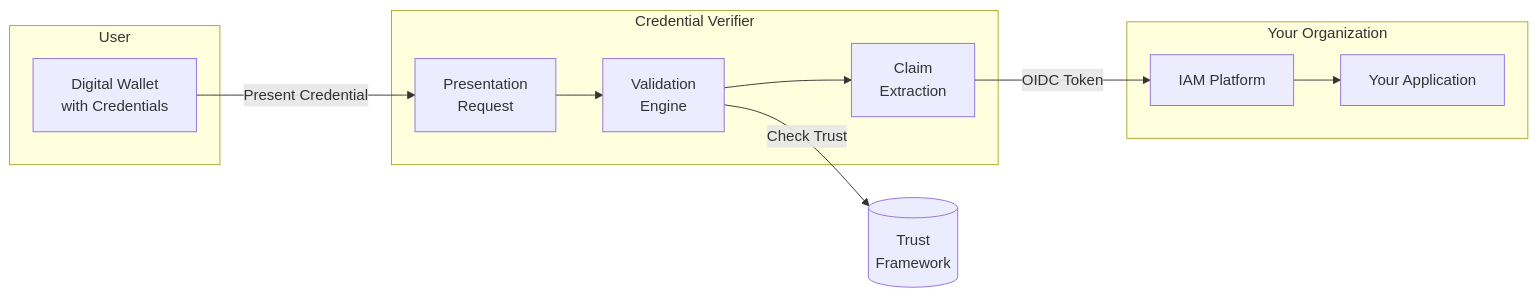
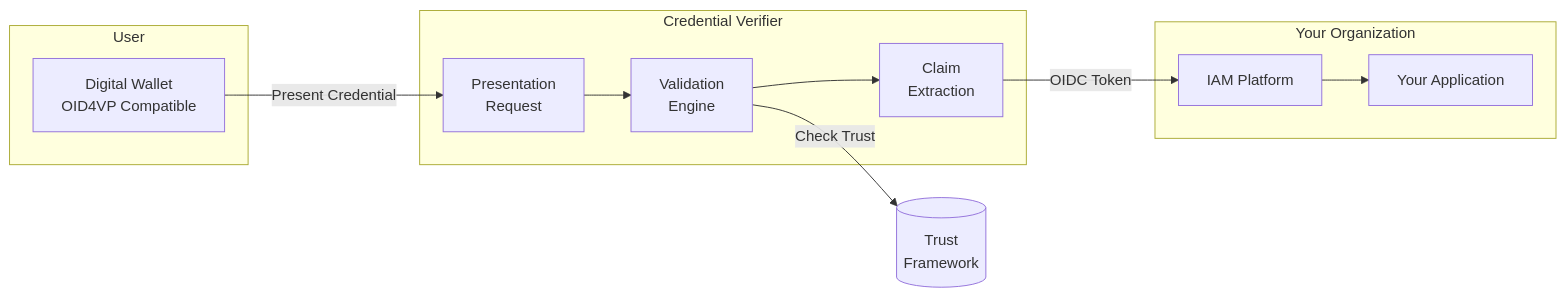
One commit to sirosfoundation/docs changed the first of 14 diagrams in docs/sirosid/verifiers/concepts.md. Above: the diagram before and after it, drawn with Mermaid. The commit also changed other lines of this file and 32 other files, not shown here.

````diff
--- a/docs/sirosid/verifiers/concepts.md
+++ b/docs/sirosid/verifiers/concepts.md
@@ -14,24 +28,24 @@
 ```mermaid
 flowchart LR
     subgraph "User"
-        Wallet[Digital Wallet<br/>with Credentials]
+        Wallet[Digital Wallet<br/>OID4VP Compatible]
     end
 
     subgraph "Credential Verifier"
         Request[Presentation<br/>Request]
         Validate[Validation<br/>Engine]
         Claims[Claim<br/>Extraction]
     end
 
     subgraph "Your Organization"
         App[Your Application]
         IAM[IAM Platform]
     end
 
     Wallet -->|Present Credential| Request
     Request --> Validate
     Validate -->|Check Trust| Trust[(Trust<br/>Framework)]
     Validate --> Claims
     Claims -->|OIDC Token| IAM
     IAM --> App
 ```
````
